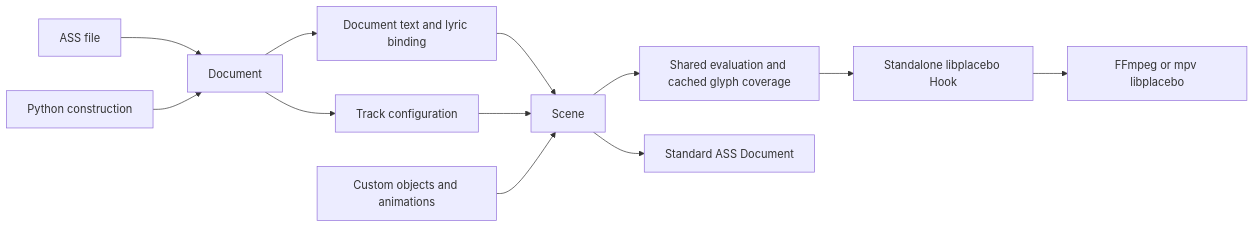
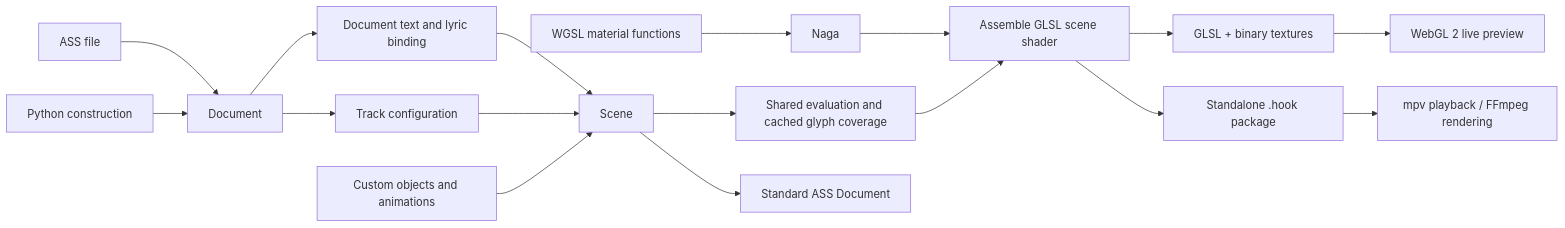
One commit to sitiyou/python-kara-templater changed the diagram in docs/contributing/architecture.md. Above: the diagram before and after it, drawn with Mermaid. The commit also changed other lines of this file and 67 other files, not shown here.

First line of the commit message:
Add live browser previews and clarify shader exports

````diff
--- a/docs/contributing/architecture.md
+++ b/docs/contributing/architecture.md
@@ -7,14 +7,19 @@
 ```mermaid
 flowchart LR
     A["ASS file"] --> D["Document"]
     P["Python construction"] --> D
     D --> L["Document text and lyric binding"]
     D --> T["Track configuration"]
     L --> S["Scene"]
     T --> S
     C["Custom objects and animations"] --> S
     S --> G["Shared evaluation and cached glyph coverage"]
-    G --> H["Standalone libplacebo Hook"]
-    H --> R["FFmpeg or mpv libplacebo"]
+    W["WGSL material functions"] --> N["Naga"]
+    N --> Q["Assemble GLSL scene shader"]
+    G --> Q
+    Q --> B["GLSL + binary textures"]
+    B --> P2["WebGL 2 live preview"]
+    Q --> H["Standalone .hook package"]
+    H --> R["mpv playback / FFmpeg rendering"]
     S --> O["Standard ASS Document"]
 ```
````
